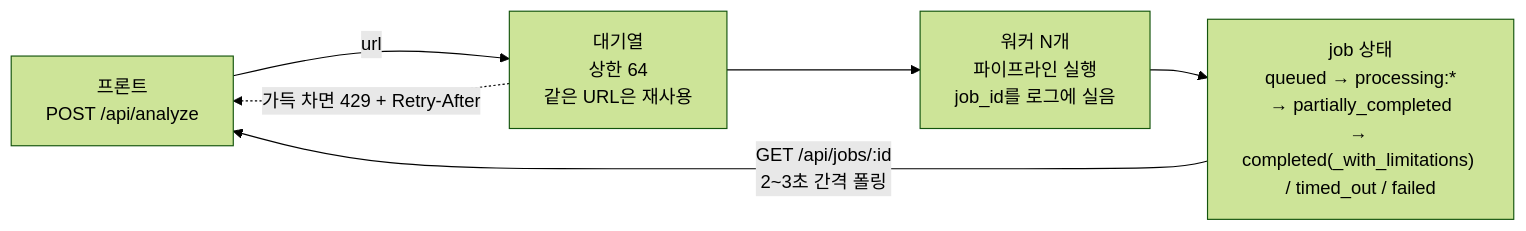
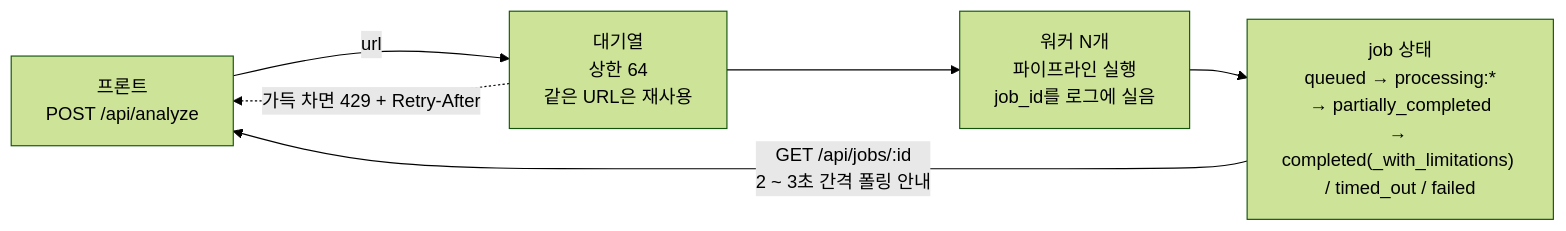
Before and after one commit to Dynamic-Juo/be: the second of 2 diagrams in docs/pipeline.md, drawn with Mermaid (forest theme). The commit also changed other lines of this file and 2 other files, not shown here.

````diff
--- a/docs/pipeline.md
+++ b/docs/pipeline.md
@@ -202,8 +209,8 @@
 ```mermaid
 flowchart LR
     FE["프론트<br/>POST /api/analyze"] -->|"url"| QUEUE["대기열<br/>상한 64<br/>같은 URL은 재사용"]
     QUEUE --> WORKER["워커 N개<br/>파이프라인 실행<br/>job_id를 로그에 실음"]
     WORKER --> JOB["job 상태<br/>queued → processing:*<br/>→ partially_completed<br/>→ completed(_with_limitations) / timed_out / failed"]
-    JOB -->|"GET /api/jobs/:id<br/>2~3초 간격 폴링"| FE
+    JOB -->|"GET /api/jobs/:id<br/>2 ~ 3초 간격 폴링 안내"| FE
     QUEUE -.->|"가득 차면 429 + Retry-After"| FE
 ```
````
